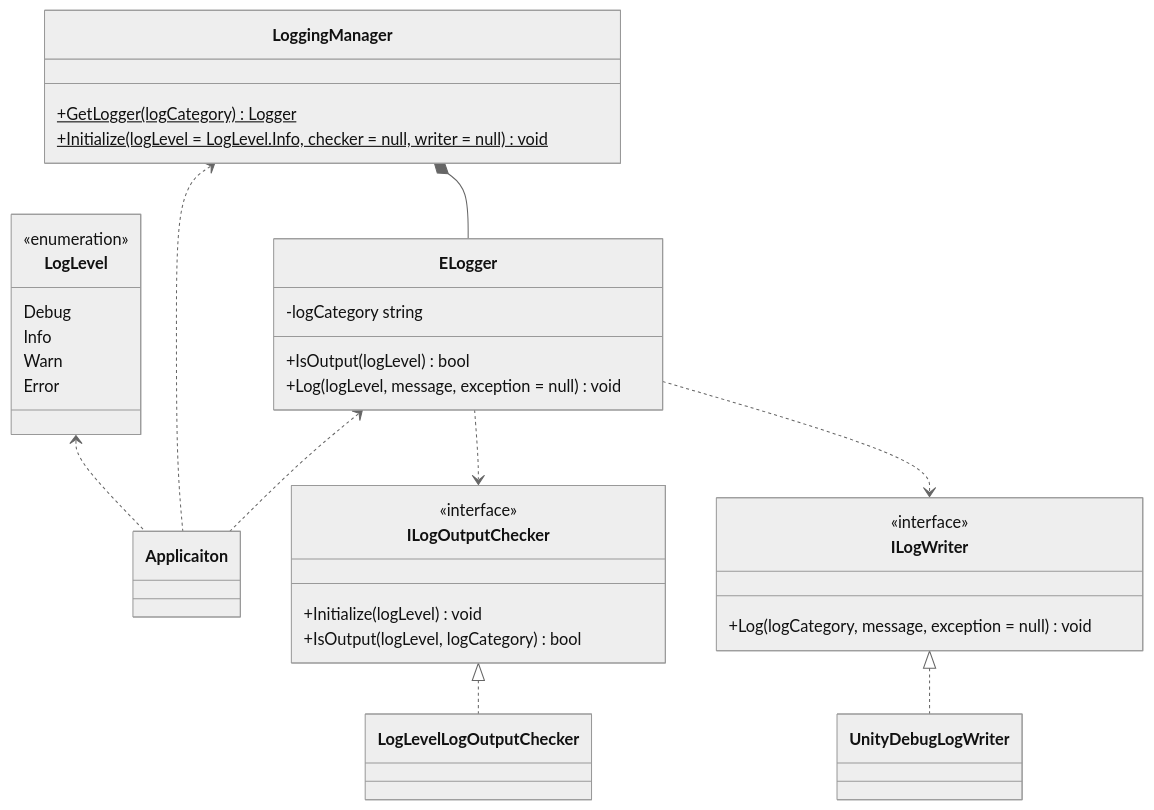
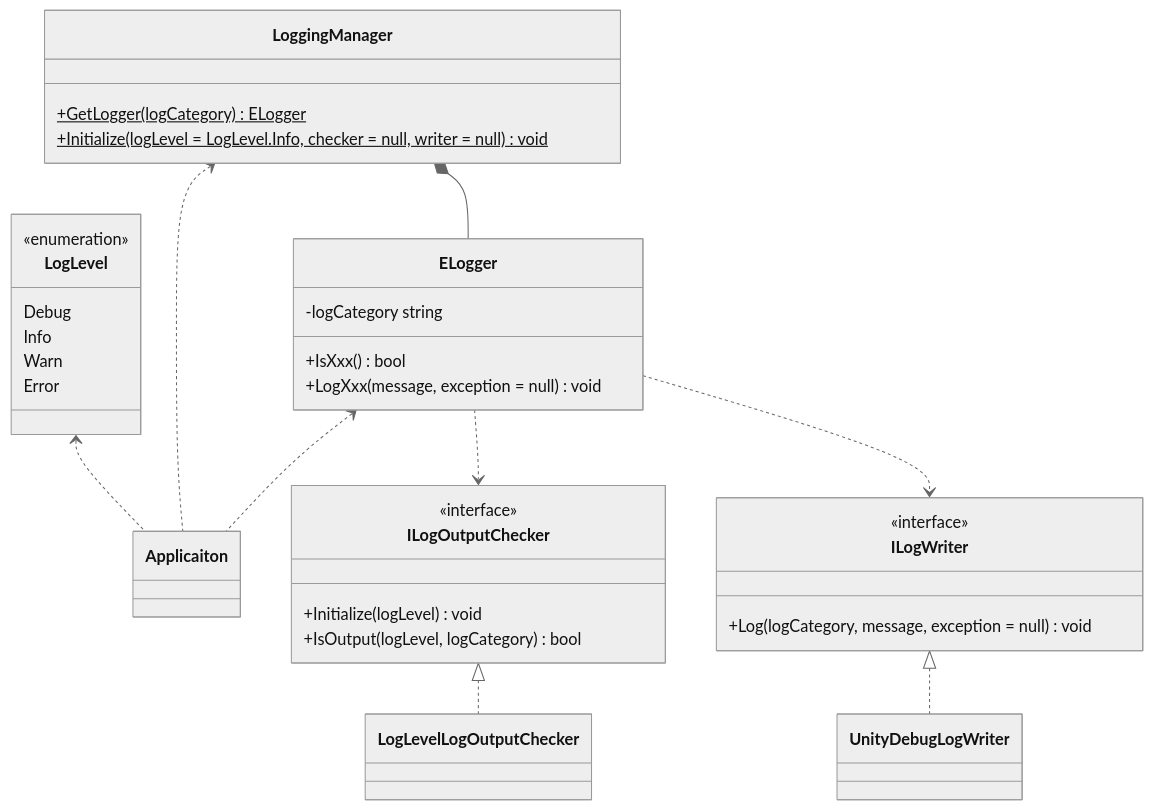
Before and after one commit to extreal-dev/Extreal.Guide: the first of 2 diagrams in docs/core/logging.md, drawn with Mermaid (neutral theme). The commit also changed other lines of this file, not shown here.

````diff
--- a/docs/core/logging.md
+++ b/docs/core/logging.md
@@ -57,51 +57,51 @@
 ```mermaid
 classDiagram
 
     LogLevel <.. Applicaiton
     LoggingManager <.. Applicaiton
     ELogger <.. Applicaiton
     LoggingManager *-- ELogger
     ELogger ..> ILogOutputChecker
     ELogger ..> ILogWriter
     ILogOutputChecker <|.. LogLevelLogOutputChecker
     ILogWriter <|.. UnityDebugLogWriter
 
     class Applicaiton {
     }
 
     class LogLevel {
         <<enumeration>>
         Debug
         Info
         Warn
         Error
     }
 
     class ELogger {
         -logCategory string
-        +IsOutput(logLevel) bool
-        +Log(logLevel, message, exception = null) void
+        +IsXxx() bool
+        +LogXxx(message, exception = null) void
     }
 
     class LoggingManager {
-        +GetLogger(logCategory)$ Logger
+        +GetLogger(logCategory)$ ELogger
         +Initialize(logLevel = LogLevel.Info, checker = null, writer = null)$ void
     }
 
     class ILogOutputChecker {
         <<interface>>
         +Initialize(logLevel) void
         +IsOutput(logLevel, logCategory) bool
     }
 
     class ILogWriter {
         <<interface>>
         +Log(logCategory, message, exception = null) void
     }
 
     class LogLevelLogOutputChecker {
     }
 
     class UnityDebugLogWriter {
     }
 ```
````
